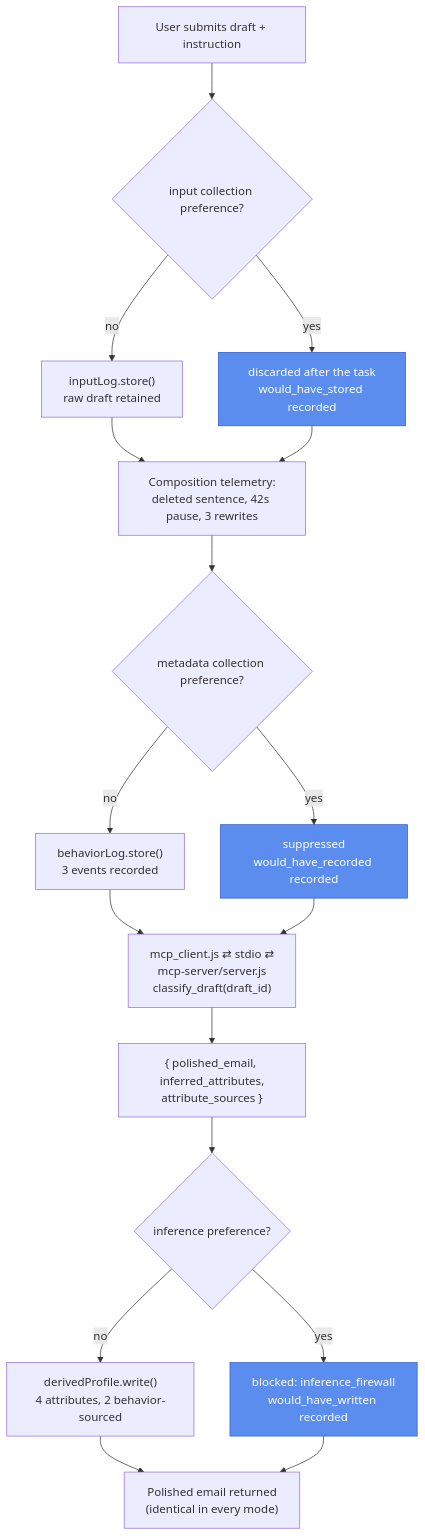
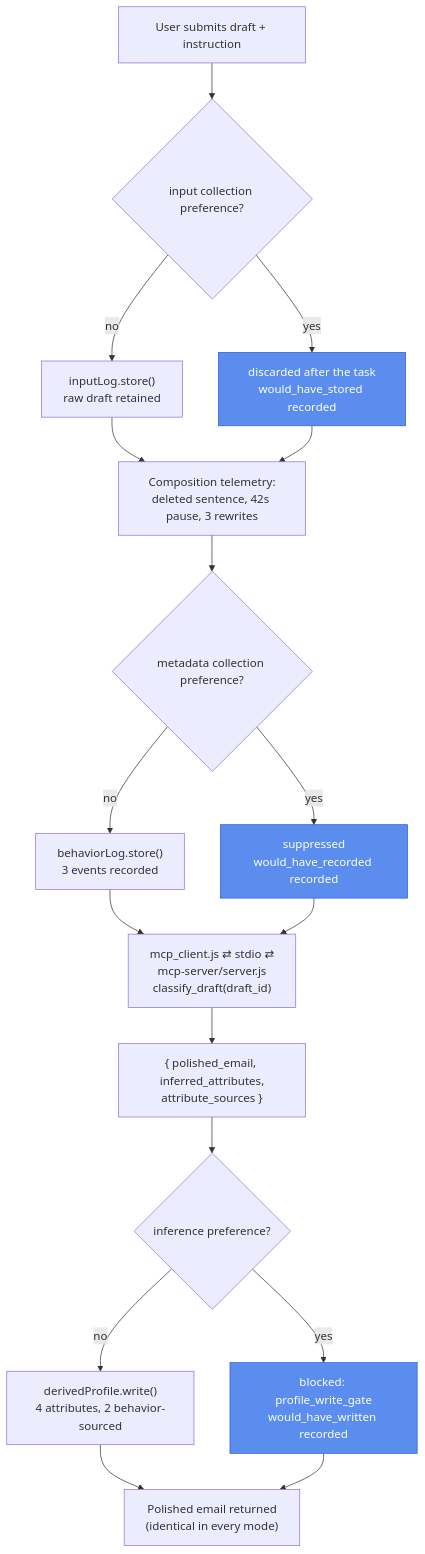
Before and after one commit to privacy-tech-lab/gpc-ai-agents-prototypes: the diagram in prototype-6/README.md, drawn with Mermaid. The commit also changed other lines of this file and 20 other files, not shown here.

````diff
--- a/prototype-6/README.md
+++ b/prototype-6/README.md
@@ -36,22 +36,22 @@
 ```mermaid
 flowchart TD
     S["User submits draft + instruction"] --> IN{"input collection preference?"}
     IN -- "no" --> L1["inputLog.store()\nraw draft retained"]
     IN -- "yes" --> DIN["discarded after the task\nwould_have_stored recorded"]
     L1 --> T["Composition telemetry:\ndeleted sentence, 42s pause, 3 rewrites"]
     DIN --> T
     T --> BH{"metadata collection preference?"}
     BH -- "no" --> L2["behaviorLog.store()\n3 events recorded"]
     BH -- "yes" --> DBH["suppressed\nwould_have_recorded recorded"]
     L2 --> MC["mcp_client.js ⇄ stdio ⇄\nmcp-server/server.js\nclassify_draft(draft_id)"]
     DBH --> MC
     MC --> CL["{ polished_email, inferred_attributes,\nattribute_sources }"]
     CL --> DV{"inference preference?"}
     DV -- "no" --> W["derivedProfile.write()\n4 attributes, 2 behavior-sourced"]
-    DV -- "yes" --> FW["blocked: inference_firewall\nwould_have_written recorded"]
+    DV -- "yes" --> FW["blocked: profile_write_gate\nwould_have_written recorded"]
     W --> ANS["Polished email returned\n(identical in every mode)"]
     FW --> ANS
 
     classDef enforced fill:#5b8def,stroke:#2f5fce,color:#fff
     class DIN,DBH,FW enforced
 ```
````
